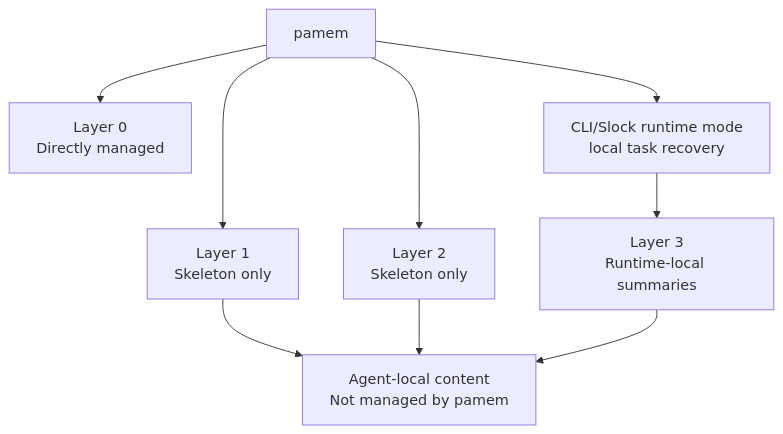
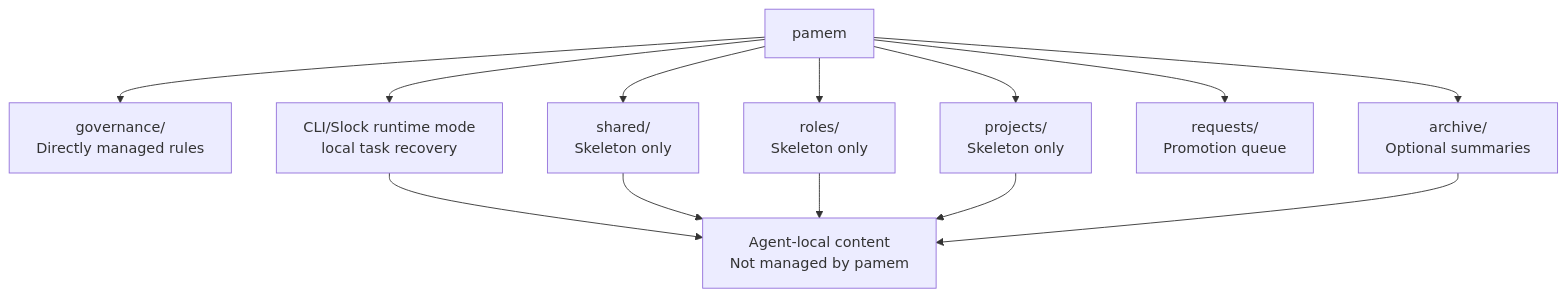
The second of 2 diagrams in DESIGN.md (PHLens/pamem), drawn with Mermaid before and after one commit. The commit also changed other lines of this file and 28 other files, not shown here.

````diff
--- a/DESIGN.md
+++ b/DESIGN.md
@@ -104,19 +101,25 @@
 ```mermaid
 flowchart TD
     P["pamem"]
-    L0["Layer 0<br/>Directly managed"]
-    L1["Layer 1<br/>Skeleton only"]
-    L2["Layer 2<br/>Skeleton only"]
-    L3["Layer 3<br/>Runtime-local summaries"]
+    G["governance/<br/>Directly managed rules"]
+    S["shared/<br/>Skeleton only"]
+    R["roles/<br/>Skeleton only"]
+    PR["projects/<br/>Skeleton only"]
+    A["archive/<br/>Optional summaries"]
+    Q["requests/<br/>Promotion queue"]
     CLI["CLI/Slock runtime mode<br/>local task recovery"]
     C["Agent-local content<br/>Not managed by pamem"]
 
-    P --> L0
-    P --> L1
-    P --> L2
+    P --> G
+    P --> S
+    P --> R
+    P --> PR
+    P --> A
+    P --> Q
     P --> CLI
-    CLI --> L3
-    L1 --> C
-    L2 --> C
-    L3 --> C
+    CLI --> C
+    S --> C
+    R --> C
+    PR --> C
+    A --> C
 ```
````
